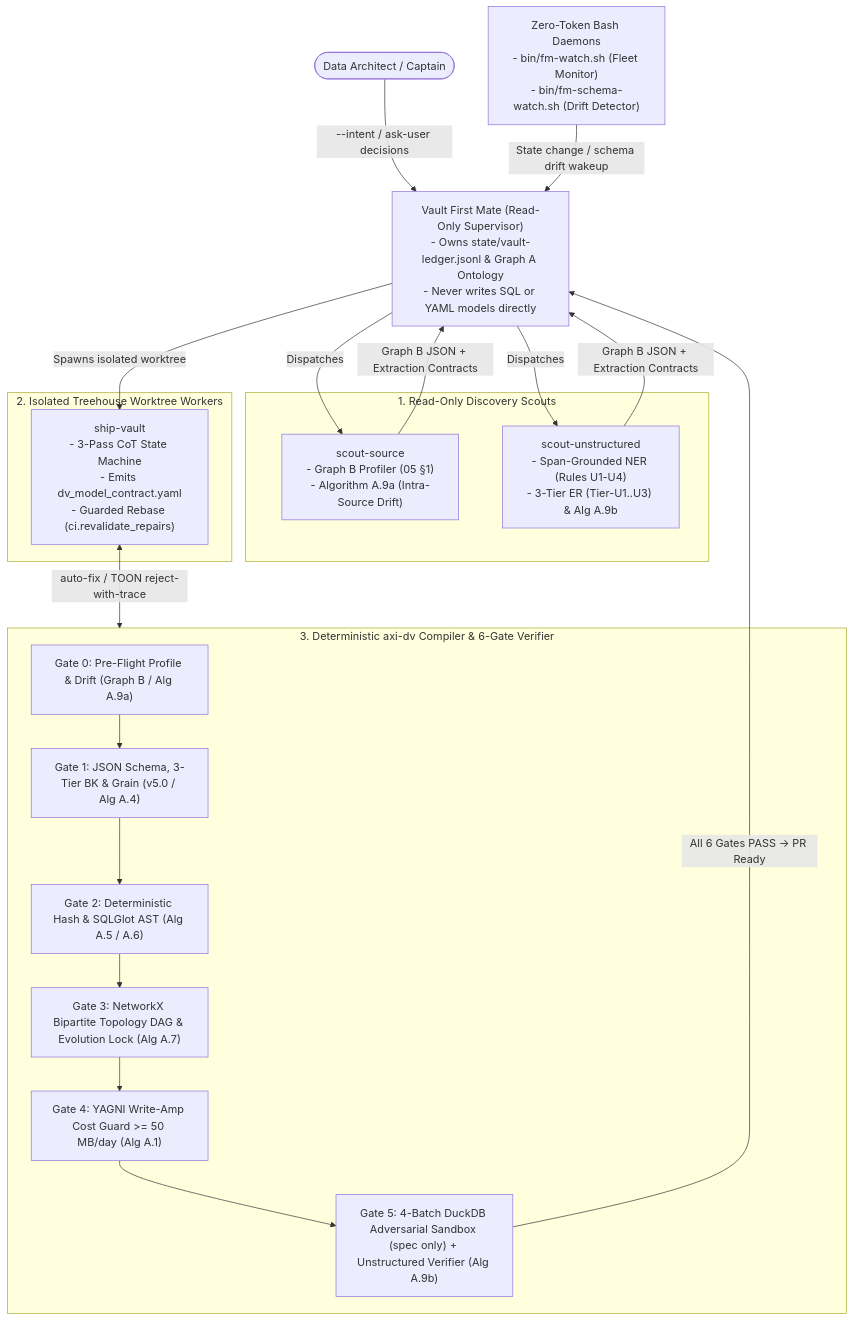
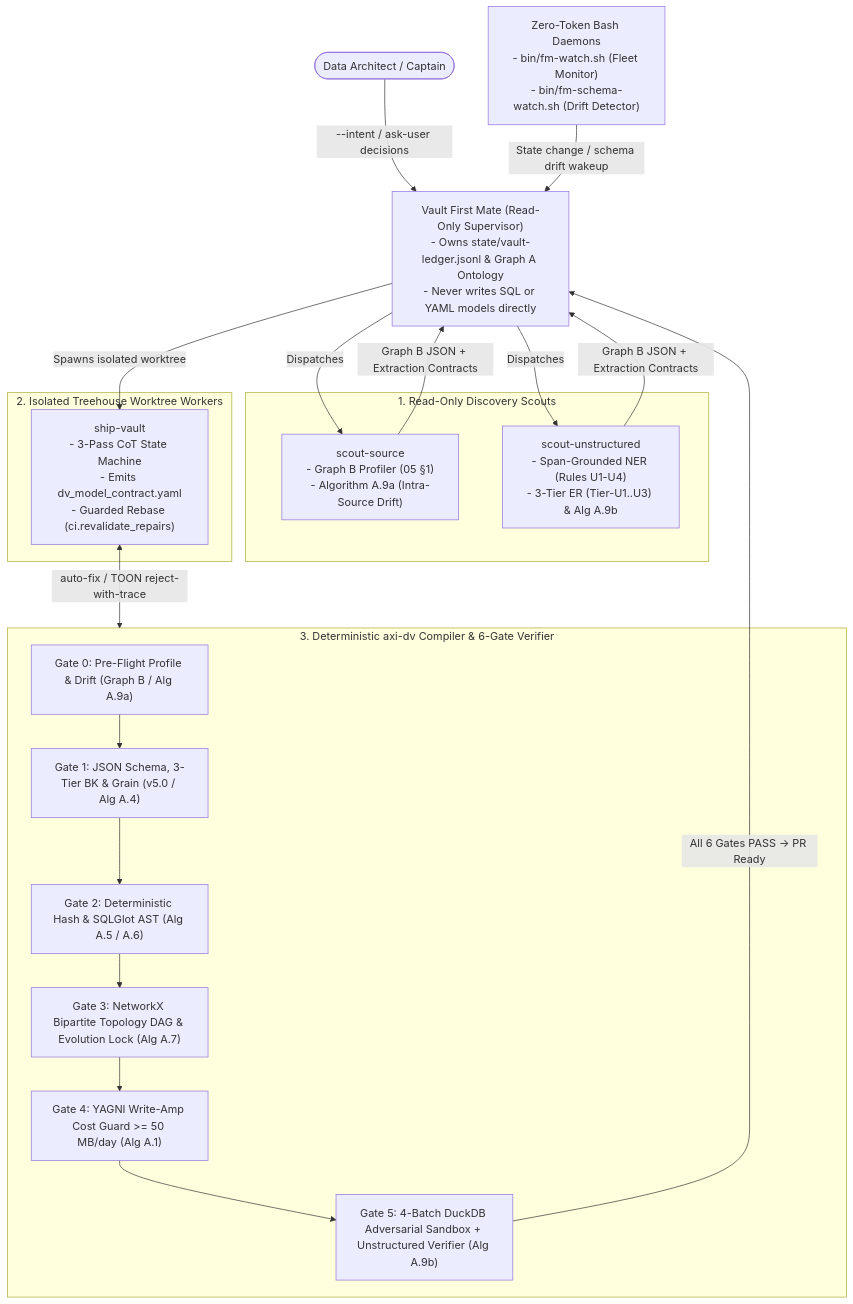
Before and after one commit to nogoo9/open-dv: the diagram in README.md, drawn with Mermaid. The commit also changed other lines of this file and 3 other files, not shown here.

````diff
--- a/README.md
+++ b/README.md
@@ -43,33 +43,33 @@
 ```mermaid
 flowchart TB
     User(["Data Architect / Captain"])
     FM["Vault First Mate (Read-Only Supervisor)\n- Owns state/vault-ledger.jsonl & Graph A Ontology\n- Never writes SQL or YAML models directly"]
     Watch["Zero-Token Bash Daemons\n- bin/fm-watch.sh (Fleet Monitor)\n- bin/fm-schema-watch.sh (Drift Detector)"]
 
     subgraph Scouts ["1. Read-Only Discovery Scouts"]
         SS["scout-source\n- Graph B Profiler (05 §1)\n- Algorithm A.9a (Intra-Source Drift)"]
         SU["scout-unstructured\n- Span-Grounded NER (Rules U1-U4)\n- 3-Tier ER (Tier-U1..U3) & Alg A.9b"]
     end
 
     subgraph Worktrees ["2. Isolated Treehouse Worktree Workers"]
         SW["ship-vault\n- 3-Pass CoT State Machine\n- Emits dv_model_contract.yaml\n- Guarded Rebase (ci.revalidate_repairs)"]
     end
 
     subgraph AxiDV ["3. Deterministic axi-dv Compiler & 6-Gate Verifier"]
         G0["Gate 0: Pre-Flight Profile & Drift (Graph B / Alg A.9a)"]
         G1["Gate 1: JSON Schema, 3-Tier BK & Grain (v5.0 / Alg A.4)"]
         G2["Gate 2: Deterministic Hash & SQLGlot AST (Alg A.5 / A.6)"]
         G3["Gate 3: NetworkX Bipartite Topology DAG & Evolution Lock (Alg A.7)"]
         G4["Gate 4: YAGNI Write-Amp Cost Guard >= 50 MB/day (Alg A.1)"]
-        G5["Gate 5: 4-Batch DuckDB Adversarial Sandbox (spec only) + Unstructured Verifier (Alg A.9b)"]
+        G5["Gate 5: 4-Batch DuckDB Adversarial Sandbox + Unstructured Verifier (Alg A.9b)"]
         G0 --> G1 --> G2 --> G3 --> G4 --> G5
     end
 
     User -- "--intent / ask-user decisions" --> FM
     Watch -- "State change / schema drift wakeup" --> FM
     FM -- "Dispatches" --> SS & SU
     SS & SU -- "Graph B JSON + Extraction Contracts" --> FM
     FM -- "Spawns isolated worktree" --> SW
     SW <-->|"auto-fix / TOON reject-with-trace"| AxiDV
     G5 -- "All 6 Gates PASS -> PR Ready" --> FM
 ```
````
